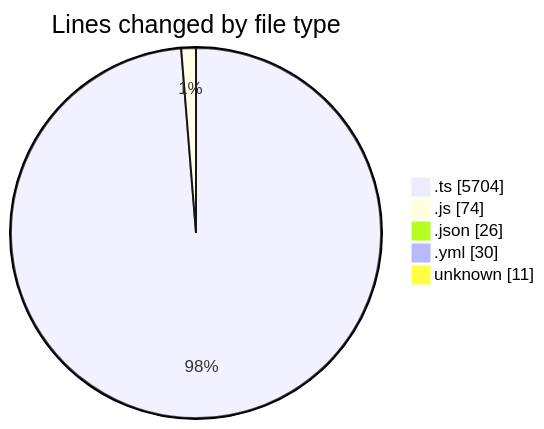
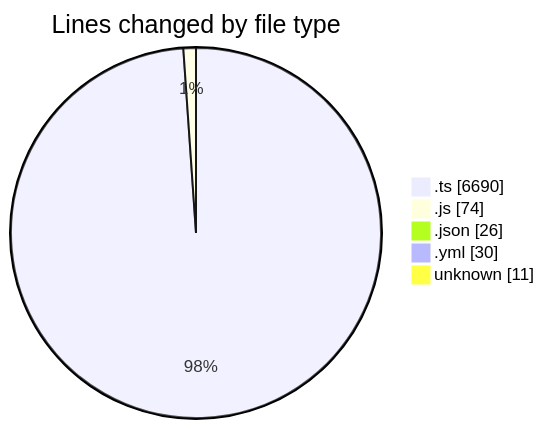
Before and after one commit to tmsrecording-cyber/code-tracking: the first of 2 diagrams in 2026-02-07/singularitybrainai/README.md, drawn with Mermaid. The commit also changed other lines of this file and 1 other file, not shown here.

````diff
--- a/2026-02-07/singularitybrainai/README.md
+++ b/2026-02-07/singularitybrainai/README.md
@@ -37,9 +37,9 @@
 ```mermaid
 pie showData
 title Lines changed by file type
-".ts" : 5704
+".ts" : 6690
 ".js" : 74
 ".json" : 26
 ".yml" : 30
 "unknown" : 11
 ```
````
